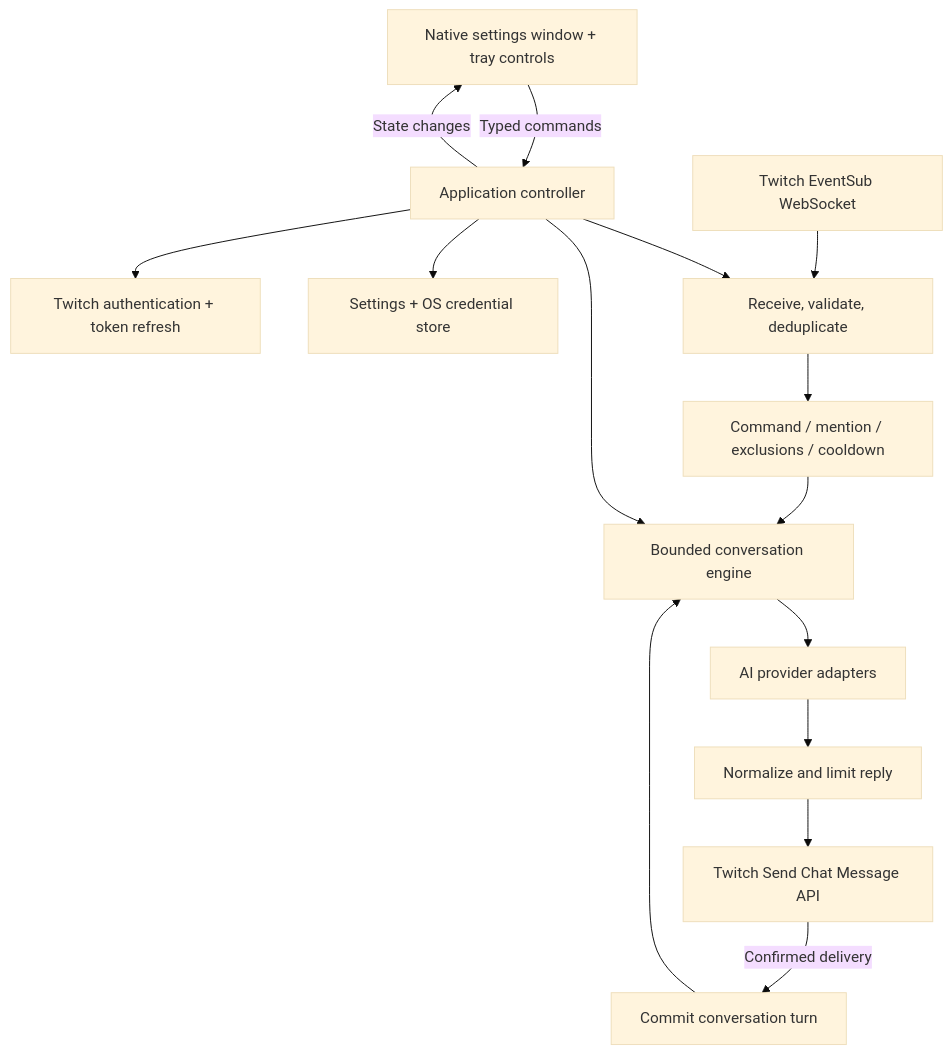
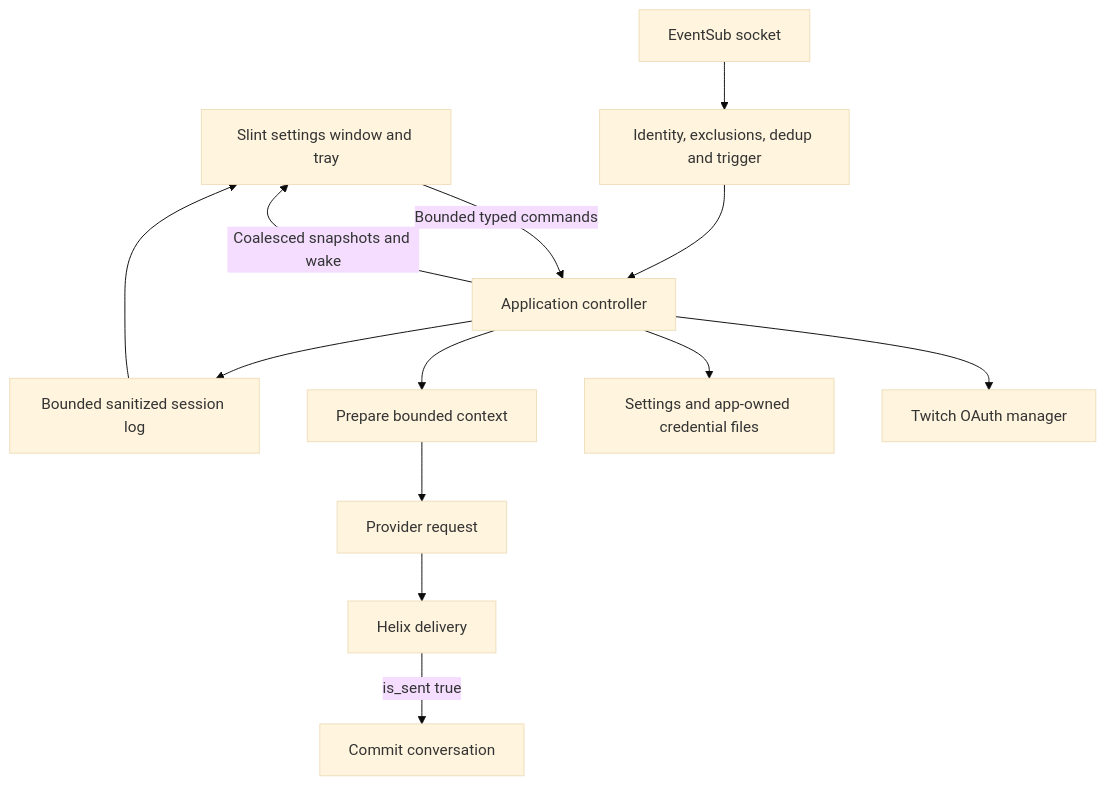
One commit to kc2-io/mpd-bot changed the diagram in ARCHITECTURE.md. Above: the diagram before and after it, drawn with Mermaid (base theme). The commit also changed other lines of this file and 34 other files, not shown here.

First line of the commit message:
Build native desktop bot with Twitch OAuth and configurable chat replies

````diff
--- a/ARCHITECTURE.md
+++ b/ARCHITECTURE.md
@@ -24,18 +13,16 @@
 ```mermaid
 flowchart TB
-  UI[Native settings window + tray controls]
-  UI -->|Typed commands| APP[Application controller]
-  APP -->|State changes| UI
-  APP --> AUTH[Twitch authentication + token refresh]
-  APP --> CFG[Settings + OS credential store]
-  TW[Twitch EventSub WebSocket] --> RX[Receive, validate, deduplicate]
-  RX --> POLICY[Command / mention / exclusions / cooldown]
-  POLICY --> ENGINE[Bounded conversation engine]
-  ENGINE --> AI[AI provider adapters]
-  AI --> OUTPUT[Normalize and limit reply]
-  OUTPUT --> SEND[Twitch Send Chat Message API]
-  SEND -->|Confirmed delivery| MEMORY[Commit conversation turn]
-  MEMORY --> ENGINE
-  APP --> RX
-  APP --> ENGINE
+  UI[Slint settings window and tray]
+  UI -->|Bounded typed commands| APP[Application controller]
+  APP -->|Coalesced snapshots and wake| UI
+  APP --> AUTH[Twitch OAuth manager]
+  APP --> STORE[Settings and app-owned credential files]
+  TW[EventSub socket] --> POLICY[Identity, exclusions, dedup and trigger]
+  POLICY --> APP
+  APP --> ENGINE[Prepare bounded context]
+  ENGINE --> AI[Provider request]
+  AI --> SEND[Helix delivery]
+  SEND -->|is_sent true| MEMORY[Commit conversation]
+  APP --> LOG[Bounded sanitized session log]
+  LOG --> UI
 ```
````
